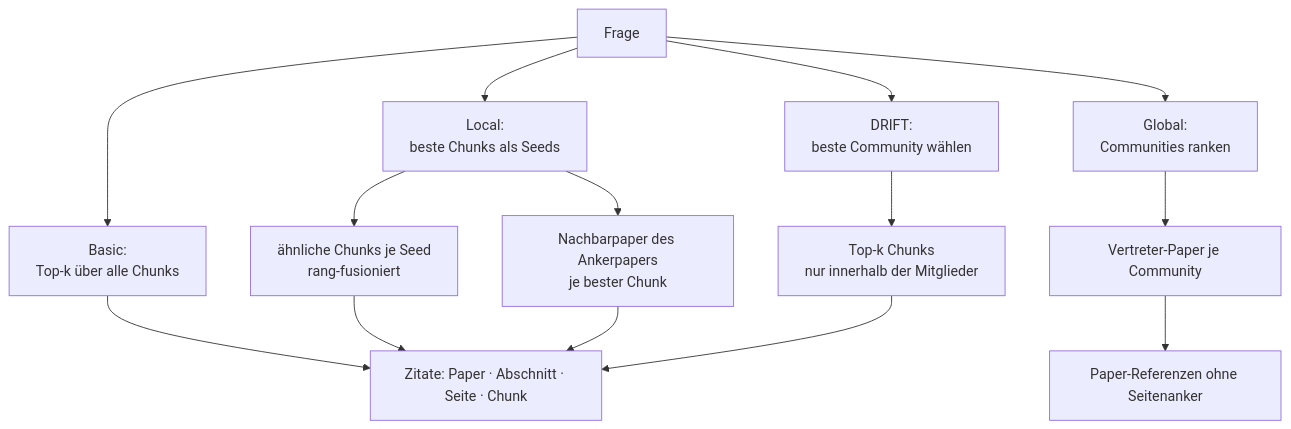
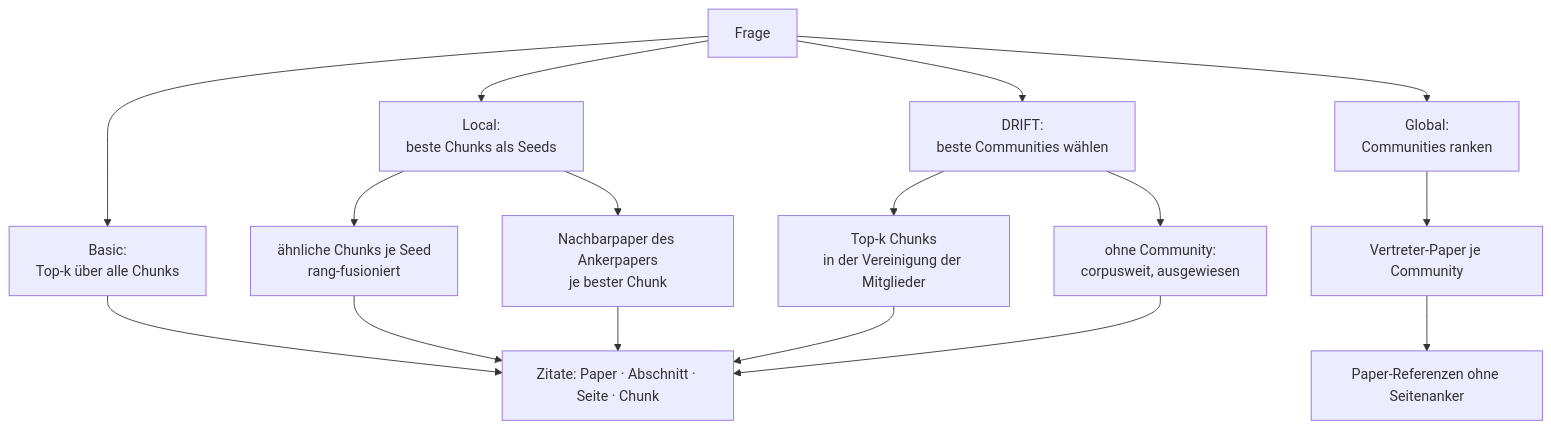
One commit to MomoEngineer/research-graphrag changed the ninth of 13 diagrams in docs/funktionsweise.md. Above: the diagram before and after it, drawn with Mermaid. The commit also changed other lines of this file and 24 other files, not shown here.

First line of the commit message:
feat: Implement community union and fallback mechanism in DRIFT search (Phase 10 / V2)

````diff
--- a/docs/funktionsweise.md
+++ b/docs/funktionsweise.md
@@ -278,19 +278,21 @@
 ```mermaid
 flowchart TD
     Q["Frage"]
     Q --> B["Basic:<br/>Top-k über alle Chunks"]
     Q --> L["Local:<br/>beste Chunks als Seeds"]
     Q --> G["Global:<br/>Communities ranken"]
-    Q --> D["DRIFT:<br/>beste Community wählen"]
+    Q --> D["DRIFT:<br/>beste Communities wählen"]
 
     L --> L1["ähnliche Chunks je Seed<br/>rang-fusioniert"]
     L --> L2["Nachbarpaper des Ankerpapers<br/>je bester Chunk"]
     G --> G1["Vertreter-Paper je Community"]
-    D --> D1["Top-k Chunks<br/>nur innerhalb der Mitglieder"]
+    D --> D1["Top-k Chunks<br/>in der Vereinigung der Mitglieder"]
+    D --> D2["ohne Community:<br/>corpusweit, ausgewiesen"]
 
     B --> C["Zitate: Paper · Abschnitt · Seite · Chunk"]
     L1 --> C
     L2 --> C
     D1 --> C
+    D2 --> C
     G1 --> P["Paper-Referenzen ohne Seitenanker"]
 ```
````
